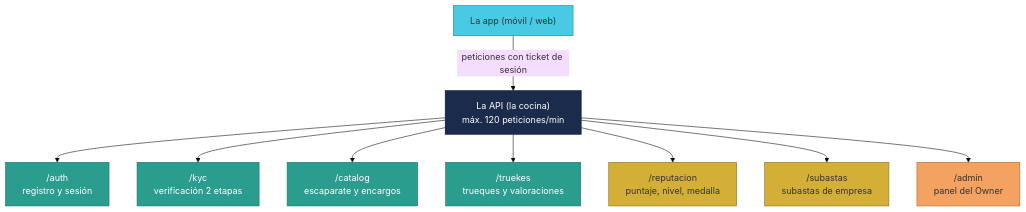
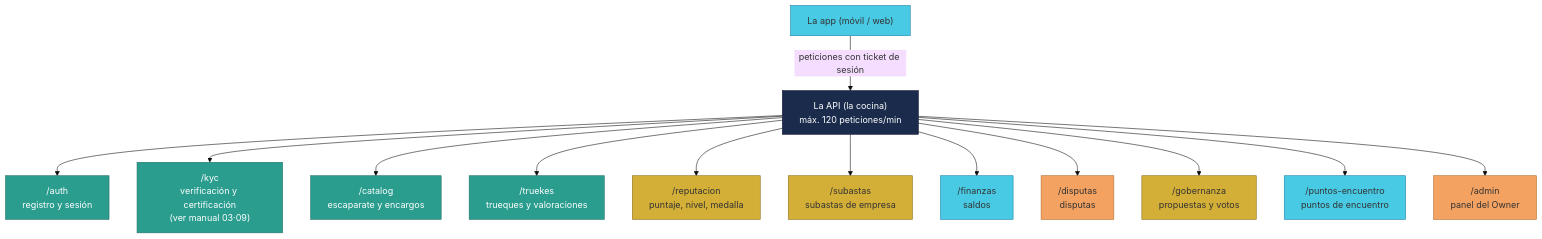
Before and after one commit to anlucorporations/escrow: the second of 2 diagrams in docs/Manuales/03-Implementacion/06-backend-api.md, drawn with Mermaid (base theme). The commit also changed other lines of this file and 99 other files, not shown here.

````diff
--- a/docs/Manuales/03-Implementacion/06-backend-api.md
+++ b/docs/Manuales/03-Implementacion/06-backend-api.md
@@ -273,20 +301,28 @@
 ```mermaid
 flowchart TB
     APP["La app (móvil / web)"] -->|"peticiones con ticket de sesión"| API["La API (la cocina)<br/>máx. 120 peticiones/min"]
     API --> AUTH["/auth<br/>registro y sesión"]
-    API --> KYC["/kyc<br/>verificación 2 etapas"]
+    API --> KYC["/kyc<br/>verificación y certificación<br/>(ver manual 03·09)"]
     API --> CAT["/catalog<br/>escaparate y encargos"]
     API --> TRU["/truekes<br/>trueques y valoraciones"]
     API --> REP["/reputacion<br/>puntaje, nivel, medalla"]
     API --> SUB["/subastas<br/>subastas de empresa"]
+    API --> FIN["/finanzas<br/>saldos"]
+    API --> DIS["/disputas<br/>disputas"]
+    API --> GOB["/gobernanza<br/>propuestas y votos"]
+    API --> PUN["/puntos-encuentro<br/>puntos de encuentro"]
     API --> ADM["/admin<br/>panel del Owner"]
     style APP fill:#48cae4,stroke:#1d7fa8
     style API fill:#1a2b4c,color:#fff,stroke:#0a1128
     style AUTH fill:#2a9d8f,color:#fff,stroke:#1f6f64
     style KYC fill:#2a9d8f,color:#fff,stroke:#1f6f64
     style CAT fill:#2a9d8f,color:#fff,stroke:#1f6f64
     style TRU fill:#2a9d8f,color:#fff,stroke:#1f6f64
     style REP fill:#d4af37,stroke:#8a6d1f
     style SUB fill:#d4af37,stroke:#8a6d1f
+    style FIN fill:#48cae4,stroke:#1d7fa8
+    style DIS fill:#f4a261,stroke:#b06a2a
+    style GOB fill:#d4af37,stroke:#8a6d1f
+    style PUN fill:#48cae4,stroke:#1d7fa8
     style ADM fill:#f4a261,stroke:#b06a2a
 ```
````
